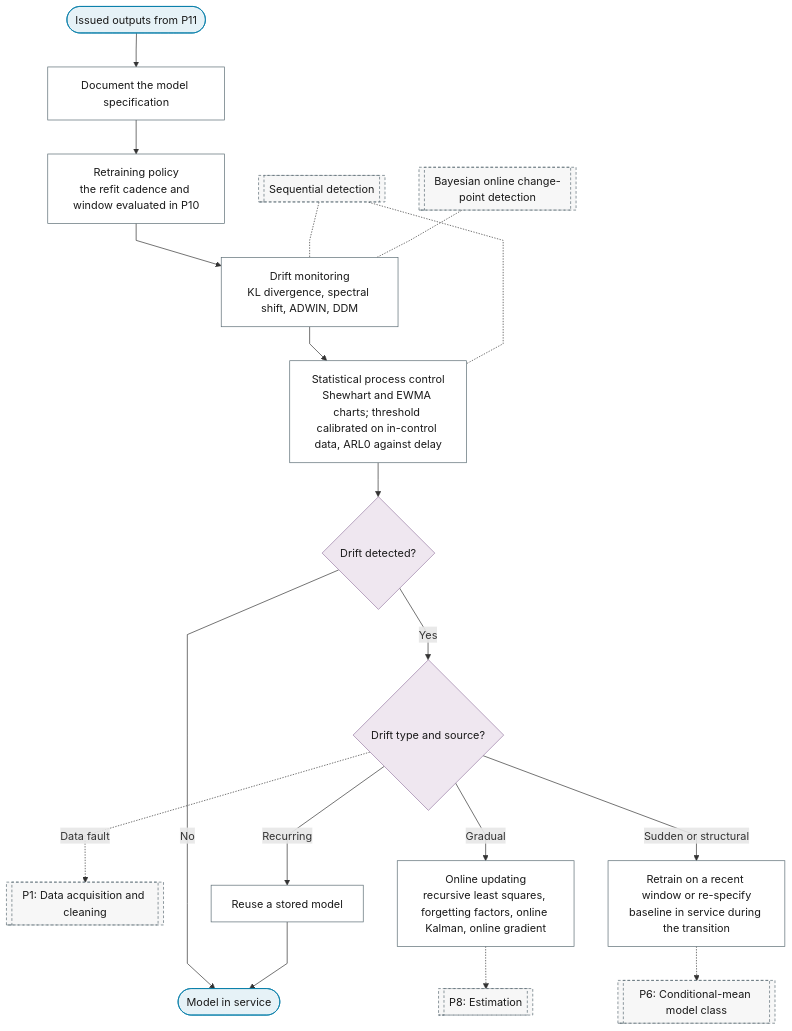
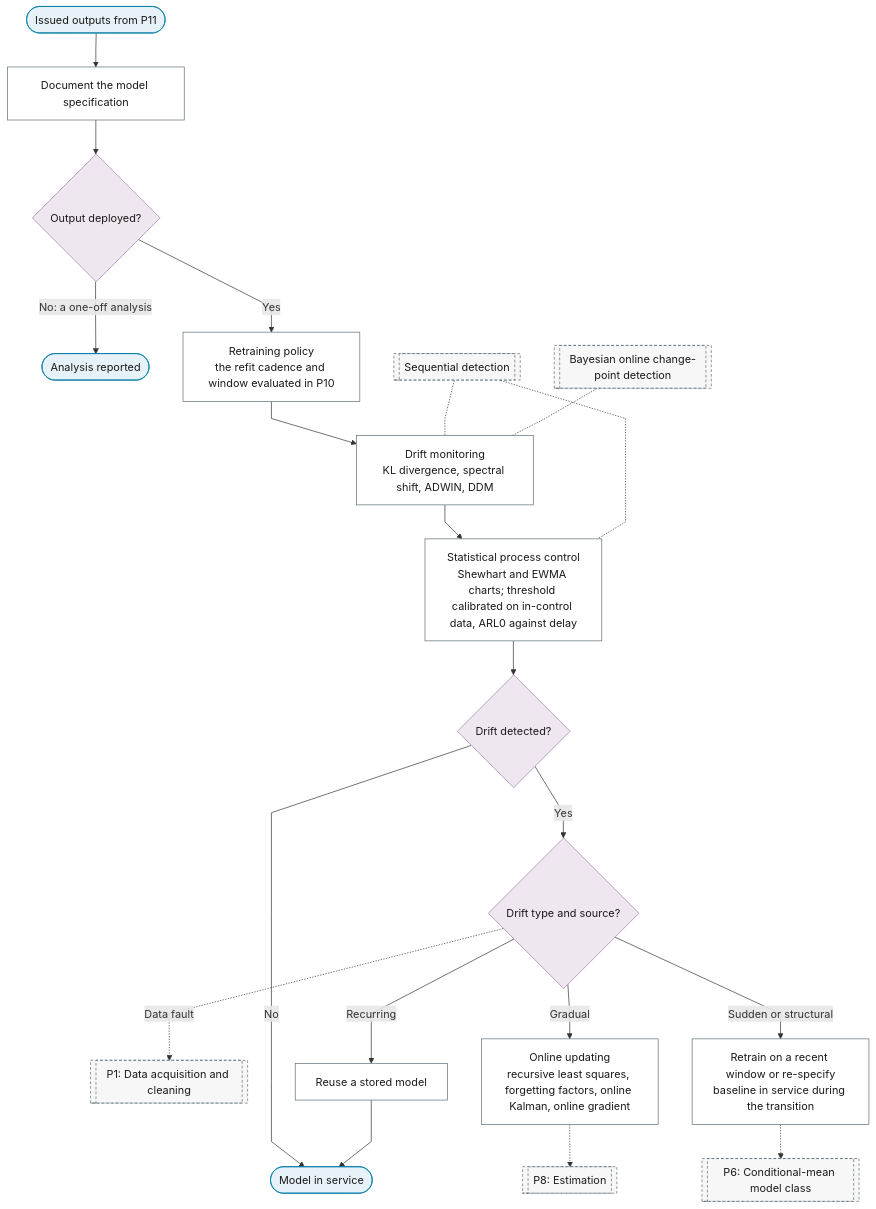
One commit to Shuxin-Y/time-series-analysis-manual changed the diagram in docs/01-workflow/p12-deployment-monitoring.md. Above: the diagram before and after it, drawn with Mermaid. The commit also changed 20 other files, not shown here.

First line of the commit message:
fix(charts): one placement per purpose leaf; branch table; exits and labels

````diff
--- a/docs/01-workflow/p12-deployment-monitoring.md
+++ b/docs/01-workflow/p12-deployment-monitoring.md
@@ -9,33 +9,35 @@
 ```mermaid
 %%{init: {"flowchart": {"curve": "linear"}}}%%
 graph TD
     P12_IN(["Issued outputs from P11"]) --> P12_DOCUMENTATION["Document the model specification"]
-    P12_DOCUMENTATION --> P12_RETRAINING["Retraining policy<br/>the refit cadence and window evaluated in P10"]
+    P12_DOCUMENTATION --> P12_DEPLOYED{"Output deployed?"}
+    P12_DEPLOYED -->|"No: a one-off analysis"| P12_REPORTED(["Analysis reported"])
+    P12_DEPLOYED -->|"Yes"| P12_RETRAINING["Retraining policy<br/>the refit cadence and window evaluated in P10"]
     P12_RETRAINING --> P12_DRIFT_MONITORING["Drift monitoring<br/>KL divergence, spectral shift, ADWIN, DDM"]
     P12_DRIFT_MONITORING --> P12_SPC["Statistical process control<br/>Shewhart and EWMA charts; threshold calibrated on in-control data, ARL0 against delay"]
     P12_SPC --> P12_DRIFT{"Drift detected?"}
     P12_DRIFT -->|"No"| P12_OUT(["Model in service"])
     P12_DRIFT -->|"Yes"| P12_DRIFT_TYPE{"Drift type and source?"}
     P12_DRIFT_TYPE -.->|"Data fault"| P1[["P1: Data acquisition and cleaning"]]
     P12_DRIFT_TYPE -->|"Gradual"| P12_ONLINE_UPDATING["Online updating<br/>recursive least squares, forgetting factors, online Kalman, online gradient"]
     P12_DRIFT_TYPE -->|"Sudden or structural"| P12_RETRAIN_RECENT["Retrain on a recent window or re-specify<br/>baseline in service during the transition"]
     P12_DRIFT_TYPE -->|"Recurring"| P12_REUSE["Reuse a stored model"]
     P12_ONLINE_UPDATING -.-> P8[["P8: Estimation"]]
     P12_RETRAIN_RECENT -.-> P6[["P6: Conditional-mean model class"]]
     P12_REUSE --> P12_OUT
     P0_CP_CUSUM[["Sequential detection"]] -.- P12_SPC
     P0_CP_CUSUM -.- P12_DRIFT_MONITORING
     P0_CP_BOCPD[["Bayesian online change-point detection"]] -.- P12_DRIFT_MONITORING
-    class P12_IN,P12_OUT terminator
-    class P12_DRIFT,P12_DRIFT_TYPE decision
+    class P12_IN,P12_OUT,P12_REPORTED terminator
+    class P12_DEPLOYED,P12_DRIFT,P12_DRIFT_TYPE decision
     class P12_DOCUMENTATION,P12_RETRAINING,P12_DRIFT_MONITORING,P12_SPC,P12_ONLINE_UPDATING,P12_RETRAIN_RECENT,P12_REUSE process
     class P1,P8,P6,P0_CP_CUSUM,P0_CP_BOCPD ref
     classDef terminator fill:#E6F2F7,stroke:#007BA7,color:#1A1A1A;
     classDef process fill:#FFFFFF,stroke:#5A6B73,color:#1A1A1A;
     classDef decision fill:#EFE7F0,stroke:#9B7FA7,color:#1A1A1A;
     classDef data fill:#FFF4E0,stroke:#C9A55E,color:#1A1A1A;
     classDef good fill:#DCEFD8,stroke:#4A7A3F,color:#1A1A1A;
     classDef escalate fill:#FFE9C2,stroke:#C9A55E,color:#1A1A1A;
     classDef problem fill:#F2D9DE,stroke:#800020,color:#1A1A1A;
     classDef ref fill:#F7F7F7,stroke:#5A6B73,color:#1A1A1A,stroke-dasharray:4 3;
 ```
````
